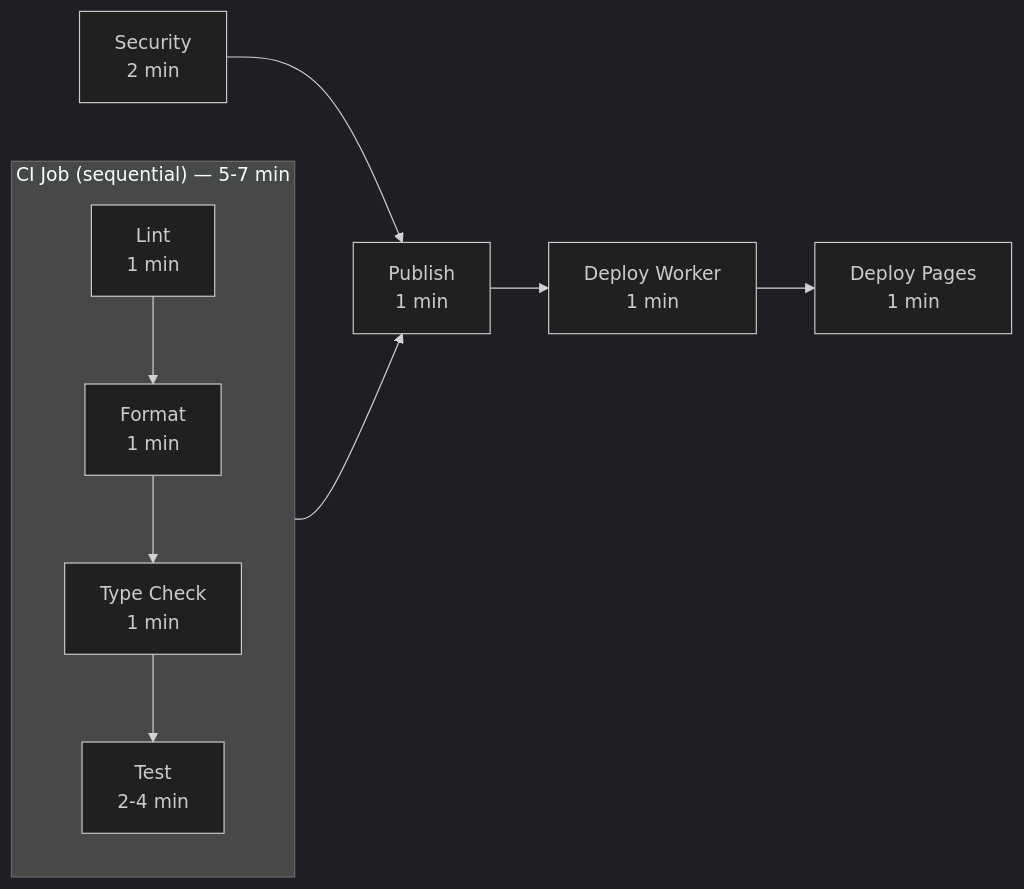
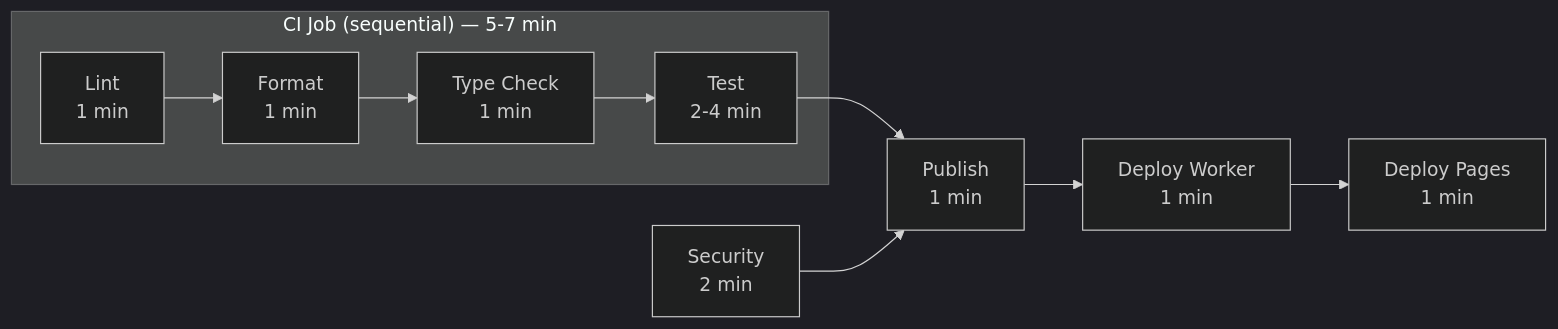
One commit to AdguardTeam/HostlistCompiler changed the first of 4 diagrams in docs/WORKFLOW_IMPROVEMENTS.md. Above: the diagram before and after it, drawn with Mermaid (dark theme). The commit also changed other lines of this file and 4 other files, not shown here.

Commit message:
docs: apply Mermaid review feedback (br/, subgraph edges, interface signatures)

````diff
--- a/docs/WORKFLOW_IMPROVEMENTS.md
+++ b/docs/WORKFLOW_IMPROVEMENTS.md
@@ -117,11 +117,11 @@
 ```mermaid
 flowchart LR
     subgraph SEQ["CI Job (sequential) — 5-7 min"]
-        L[Lint\n1 min] --> F[Format\n1 min] --> TC[Type Check\n1 min] --> T[Test\n2-4 min]
+        L[Lint<br/>1 min] --> F[Format<br/>1 min] --> TC[Type Check<br/>1 min] --> T[Test<br/>2-4 min]
     end
-    SEC[Security\n2 min]
-    SEQ --> PUB[Publish\n1 min]
+    SEC[Security<br/>2 min]
+    T --> PUB[Publish<br/>1 min]
     SEC --> PUB
-    PUB --> DW[Deploy Worker\n1 min]
-    DW --> DP[Deploy Pages\n1 min]
+    PUB --> DW[Deploy Worker<br/>1 min]
+    DW --> DP[Deploy Pages<br/>1 min]
 ```
````
